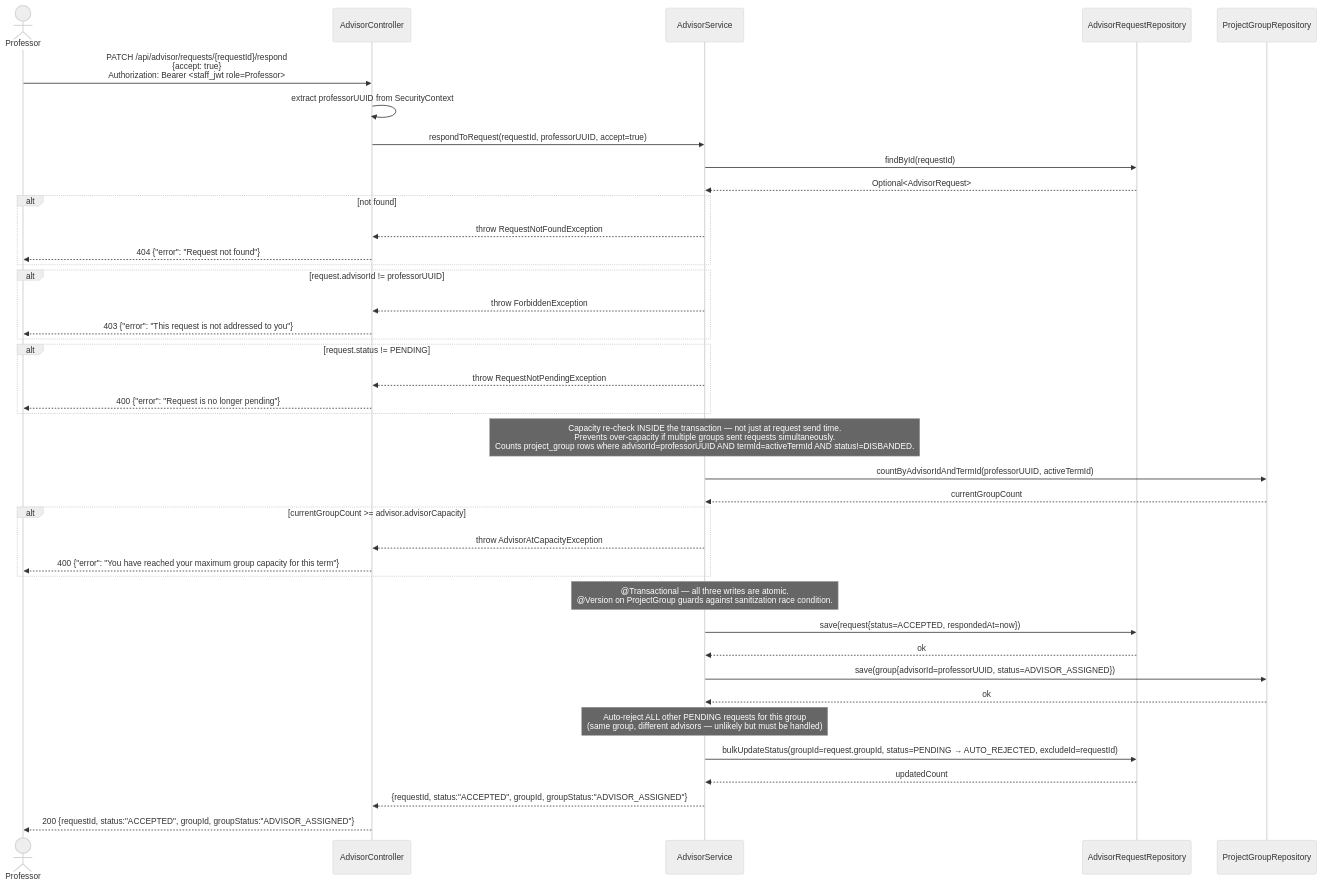
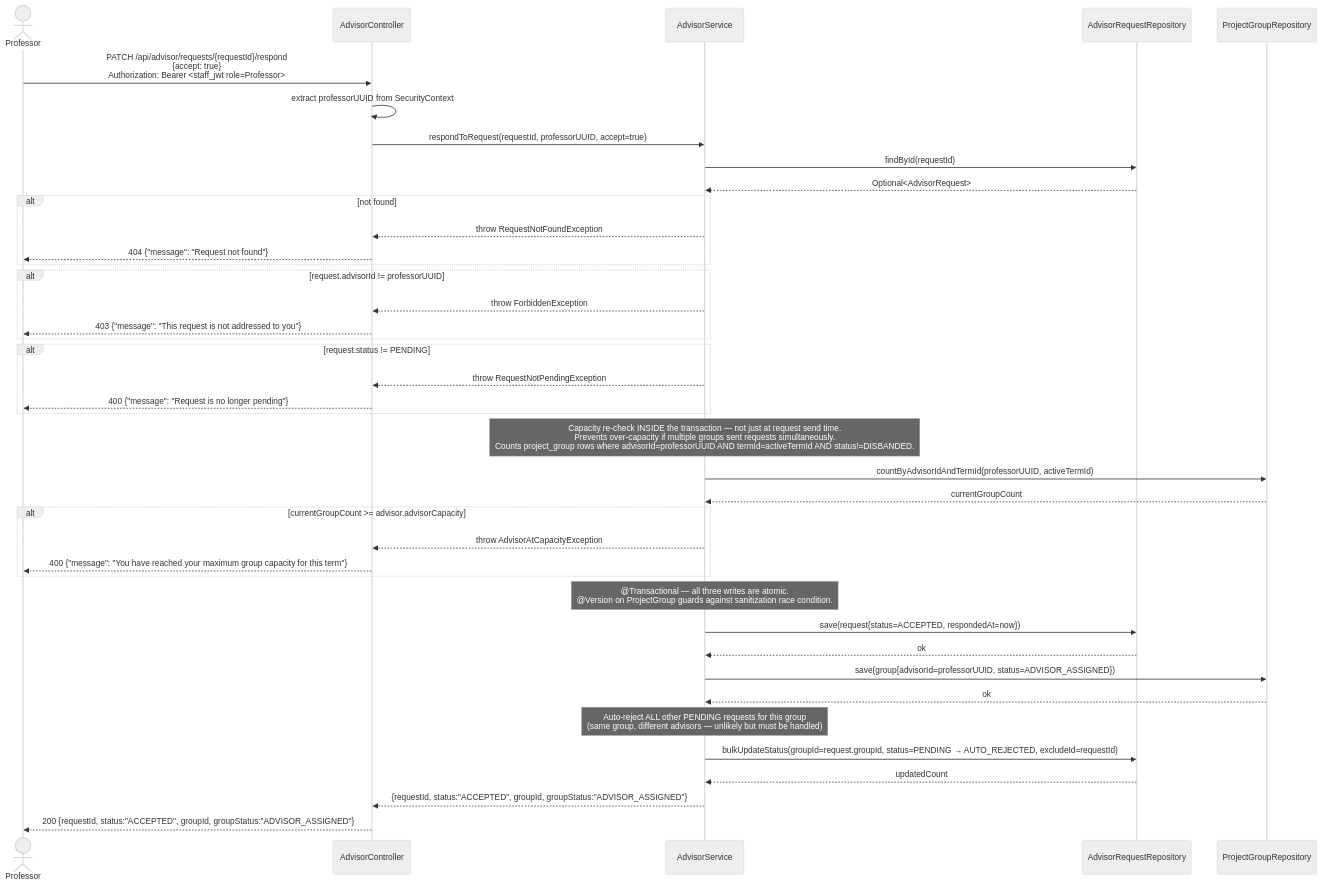
Before and after one commit to SE3318-Spring-2025-2026/senior-app-6: the fourth of 4 diagrams in docs/process3/sequences/3.2_3.3_advisor_respond_p3.md, drawn with Mermaid (neutral theme). The commit also changed other lines of this file and 27 other files, not shown here.

````diff
--- a/docs/process3/sequences/3.2_3.3_advisor_respond_p3.md
+++ b/docs/process3/sequences/3.2_3.3_advisor_respond_p3.md
@@ -115,54 +115,54 @@
 ```mermaid
 sequenceDiagram
     actor Professor
     participant AdvisorController
     participant AdvisorService
     participant AdvisorRequestRepository
     participant ProjectGroupRepository
 
     Professor->>AdvisorController: PATCH /api/advisor/requests/{requestId}/respond<br/>{accept: true}<br/>Authorization: Bearer <staff_jwt role=Professor>
 
     AdvisorController->>AdvisorController: extract professorUUID from SecurityContext
     AdvisorController->>AdvisorService: respondToRequest(requestId, professorUUID, accept=true)
 
     AdvisorService->>AdvisorRequestRepository: findById(requestId)
     AdvisorRequestRepository-->>AdvisorService: Optional<AdvisorRequest>
 
     alt not found
         AdvisorService-->>AdvisorController: throw RequestNotFoundException
-        AdvisorController-->>Professor: 404 {"error": "Request not found"}
+        AdvisorController-->>Professor: 404 {"message": "Request not found"}
     end
 
     alt request.advisorId != professorUUID
         AdvisorService-->>AdvisorController: throw ForbiddenException
-        AdvisorController-->>Professor: 403 {"error": "This request is not addressed to you"}
+        AdvisorController-->>Professor: 403 {"message": "This request is not addressed to you"}
     end
 
     alt request.status != PENDING
         AdvisorService-->>AdvisorController: throw RequestNotPendingException
-        AdvisorController-->>Professor: 400 {"error": "Request is no longer pending"}
+        AdvisorController-->>Professor: 400 {"message": "Request is no longer pending"}
     end
 
     Note over AdvisorService: Capacity re-check INSIDE the transaction — not just at request send time.<br/>Prevents over-capacity if multiple groups sent requests simultaneously.<br/>Counts project_group rows where advisorId=professorUUID AND termId=activeTermId AND status!=DISBANDED.
     AdvisorService->>ProjectGroupRepository: countByAdvisorIdAndTermId(professorUUID, activeTermId)
     ProjectGroupRepository-->>AdvisorService: currentGroupCount
 
     alt currentGroupCount >= advisor.advisorCapacity
         AdvisorService-->>AdvisorController: throw AdvisorAtCapacityException
-        AdvisorController-->>Professor: 400 {"error": "You have reached your maximum group capacity for this term"}
+        AdvisorController-->>Professor: 400 {"message": "You have reached your maximum group capacity for this term"}
     end
 
     Note over AdvisorService: @Transactional — all three writes are atomic.<br/>@Version on ProjectGroup guards against sanitization race condition.
     AdvisorService->>AdvisorRequestRepository: save(request{status=ACCEPTED, respondedAt=now})
     AdvisorRequestRepository-->>AdvisorService: ok
 
     AdvisorService->>ProjectGroupRepository: save(group{advisorId=professorUUID, status=ADVISOR_ASSIGNED})
     ProjectGroupRepository-->>AdvisorService: ok
 
     Note over AdvisorService: Auto-reject ALL other PENDING requests for this group<br/>(same group, different advisors — unlikely but must be handled)
     AdvisorService->>AdvisorRequestRepository: bulkUpdateStatus(groupId=request.groupId, status=PENDING → AUTO_REJECTED, excludeId=requestId)
     AdvisorRequestRepository-->>AdvisorService: updatedCount
 
     AdvisorService-->>AdvisorController: {requestId, status:"ACCEPTED", groupId, groupStatus:"ADVISOR_ASSIGNED"}
     AdvisorController-->>Professor: 200 {requestId, status:"ACCEPTED", groupId, groupStatus:"ADVISOR_ASSIGNED"}
 ```
````
